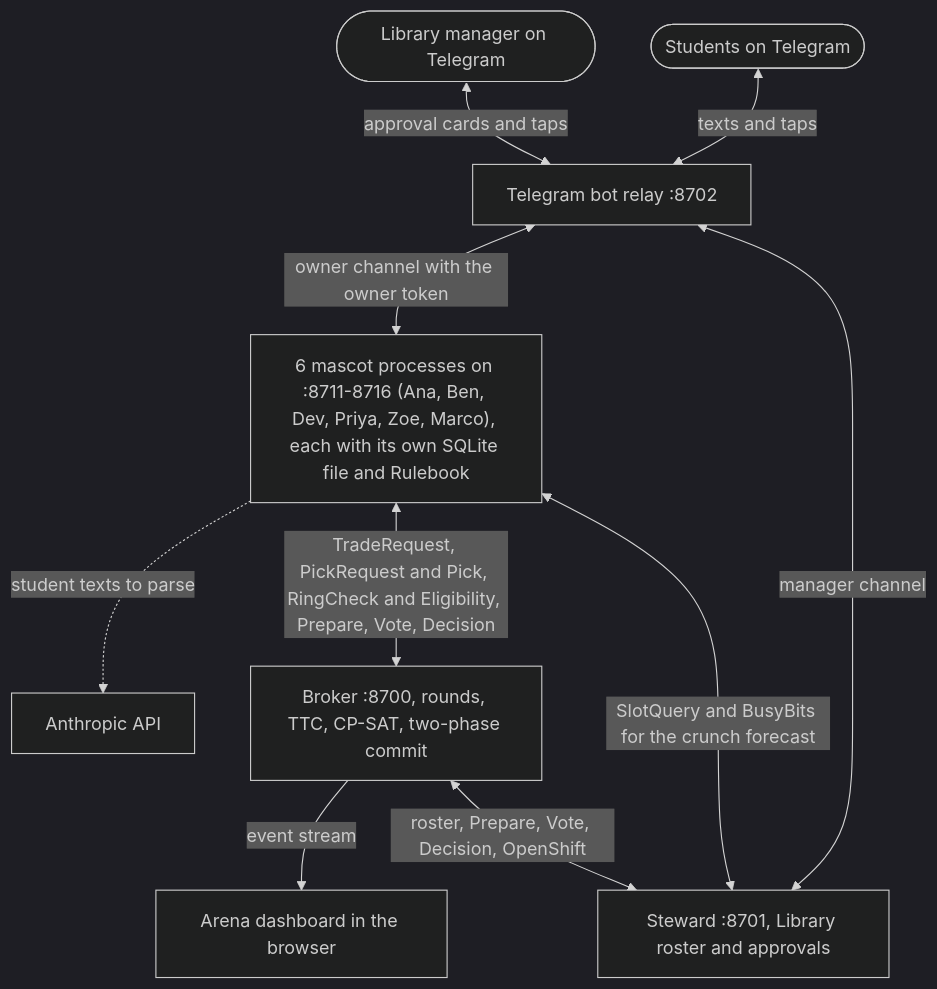
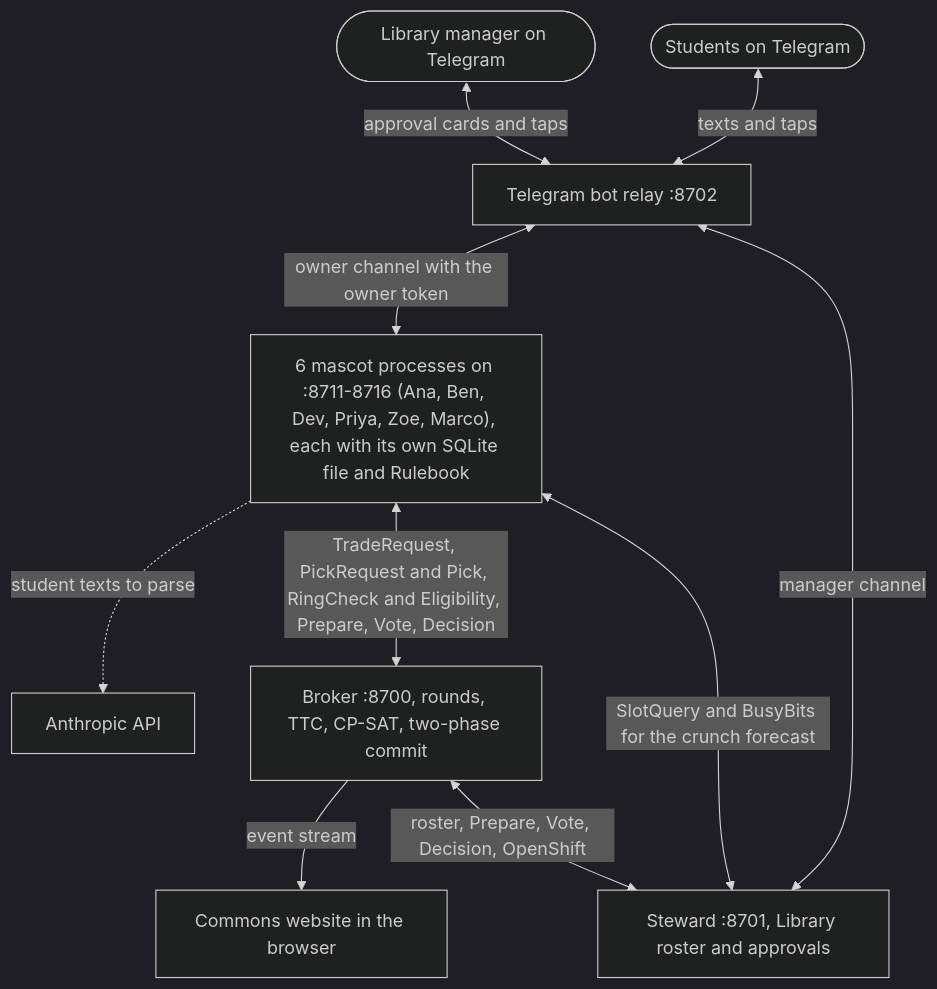
The first of 2 diagrams in README.md (neric-joel/tag-out), drawn with Mermaid (dark theme) before and after one commit. The commit also changed other lines of this file and 1 other file, not shown here.

Commit message:
README: commons, pet gallery, Workday section; MORNING.md status and to-do list

````diff
--- a/README.md
+++ b/README.md
@@ -92,21 +108,21 @@
 ```mermaid
 flowchart TB
     student(["Students on Telegram"])
     manager(["Library manager on Telegram"])
     bot["Telegram bot relay :8702"]
     mascots["6 mascot processes on :8711-8716 (Ana, Ben, Dev, Priya, Zoe, Marco), each with its own SQLite file and Rulebook"]
     anthropic["Anthropic API"]
     broker["Broker :8700, rounds, TTC, CP-SAT, two-phase commit"]
     steward["Steward :8701, Library roster and approvals"]
-    arena["Arena dashboard in the browser"]
+    arena["Commons website in the browser"]
 
     student <-->|texts and taps| bot
     manager <-->|approval cards and taps| bot
     bot <-->|owner channel with the owner token| mascots
     bot <-->|manager channel| steward
     mascots -.->|student texts to parse| anthropic
     mascots <-->|TradeRequest, PickRequest and Pick, RingCheck and Eligibility, Prepare, Vote, Decision| broker
     mascots <-->|SlotQuery and BusyBits for the crunch forecast| steward
     broker <-->|roster, Prepare, Vote, Decision, OpenShift| steward
     broker -->|event stream| arena
 ```
````
